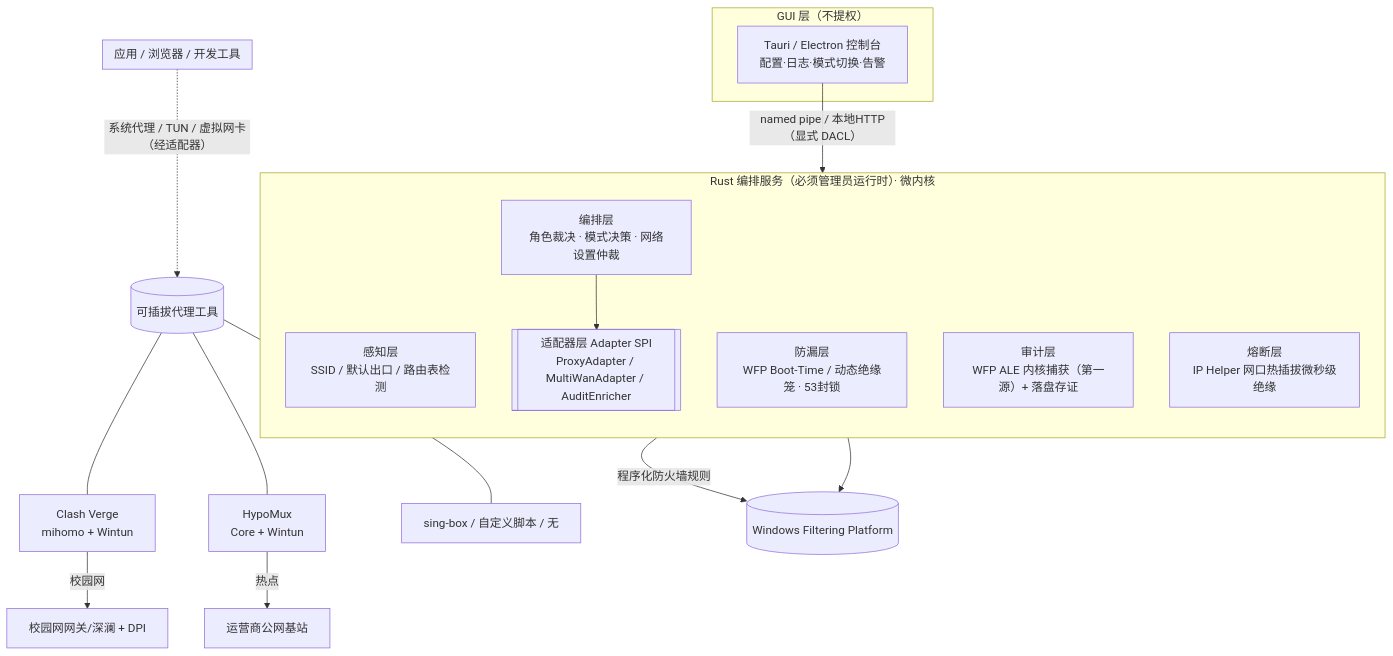
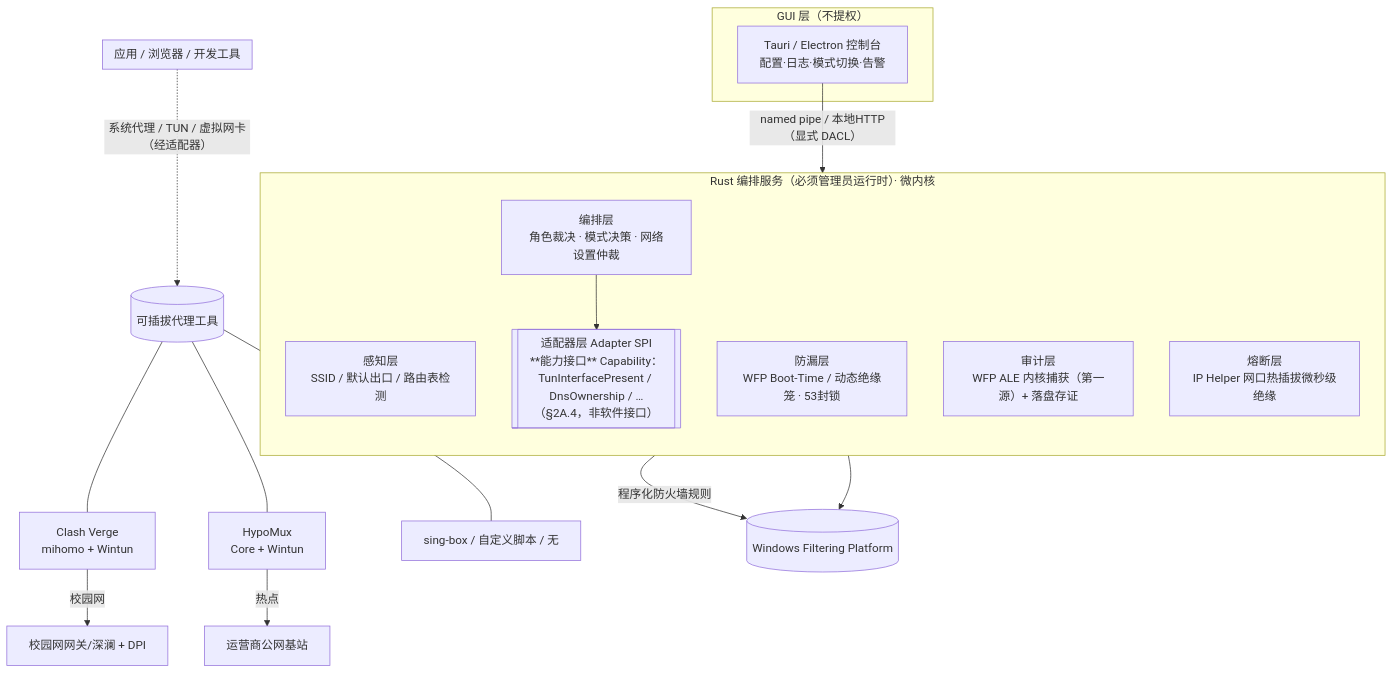
The first of 3 diagrams in design-spec.md (oxisu/Aegis), drawn with Mermaid before and after one commit. The commit also changed other lines of this file and 2 other files, not shown here.

First line of the commit message:
docs: §3.1 组件依赖图 + §3.2 时序图（§21 第 1 项）

````diff
--- a/design-spec.md
+++ b/design-spec.md
@@ -274,32 +274,32 @@
 ```mermaid
 flowchart TB
     subgraph APP["应用 / 浏览器 / 开发工具"]
     end
 
     subgraph GUI["GUI 层（不提权）"]
         G[Tauri / Electron 控制台<br/>配置·日志·模式切换·告警]
     end
 
     subgraph SVC["Rust 编排服务（必须管理员运行时）· 微内核"]
         direction TB
         S1[感知层<br/>SSID / 默认出口 / 路由表检测]
         S2[编排层<br/>角色裁决 · 模式决策 · 网络设置仲裁]
         S3[防漏层<br/>WFP Boot-Time / 动态绝缘笼 · 53封锁]
         S4[审计层<br/>WFP ALE 内核捕获（第一源）+ 落盘存证]
         S5[熔断层<br/>IP Helper 网口热插拔微秒级绝缘]
-        SA[[适配器层 Adapter SPI<br/>ProxyAdapter / MultiWanAdapter / AuditEnricher]]
+        SA[[适配器层 Adapter SPI<br/>**能力接口** Capability：TunInterfacePresent / DnsOwnership / …<br/>（§2A.4，非软件接口）]]
     end
 
     APP -.->|系统代理 / TUN / 虚拟网卡（经适配器）| ADAPT[(可插拔代理工具)]
     ADAPT --- CV[Clash Verge<br/>mihomo + Wintun]
     ADAPT --- HM[HypoMux<br/>Core + Wintun]
     ADAPT --- SB[sing-box / 自定义脚本 / 无]
 
     G -->|named pipe / 本地HTTP（显式 DACL）| SVC
     S2 --> SA
     S3 -->|程序化防火墙规则| OSFW[(Windows Filtering Platform)]
     S4 --> OSFW
 
     CV -->|校园网| GW1[校园网网关/深澜 + DPI]
     HM -->|热点| GW2[运营商公网基站]
 ```
````
